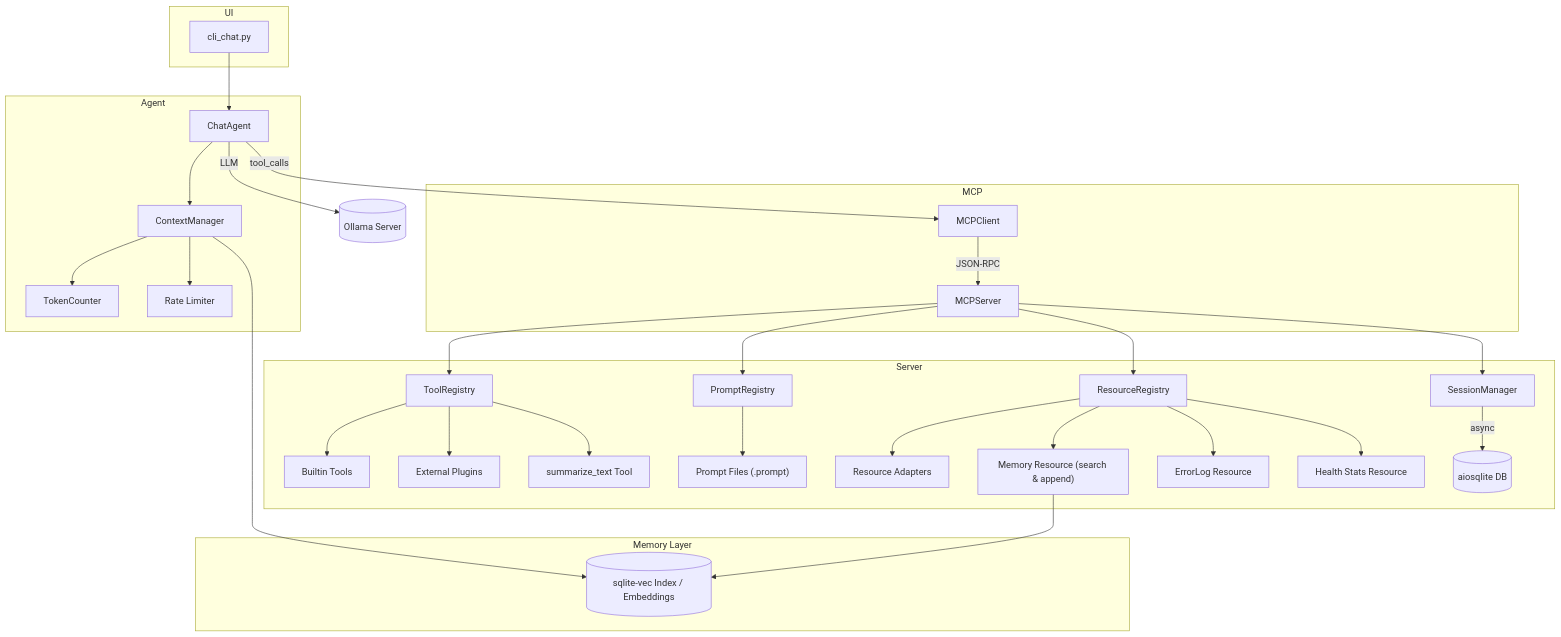
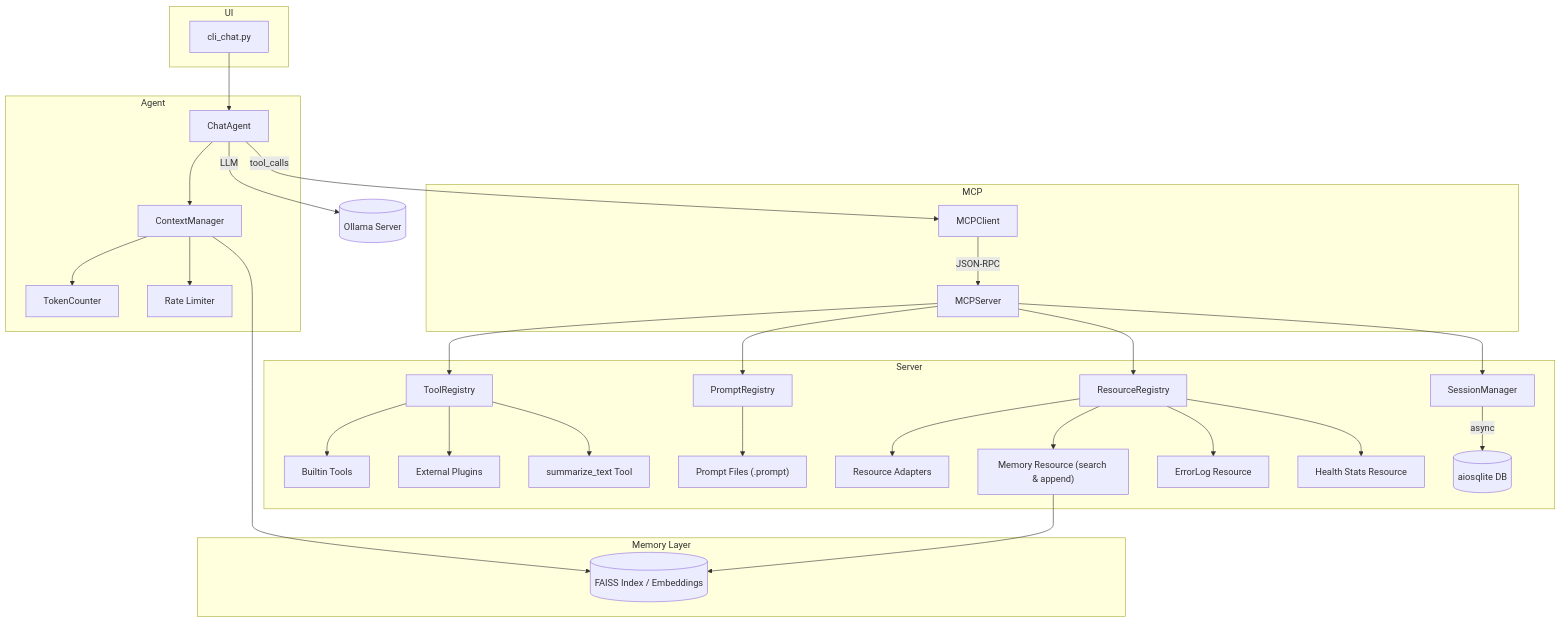
Before and after one commit to Choapinus/APE: the diagram in dev_plan.md, drawn with Mermaid. The commit also changed other lines of this file and 1 other file, not shown here.

````diff
--- a/dev_plan.md
+++ b/dev_plan.md
@@ -93,51 +93,51 @@
 ```mermaid
 %% Updated enhanced architecture with Memory layer on the far right
 graph TD
   subgraph UI
     CLI["cli_chat.py"]
   end
   subgraph Agent
     ChatAgent
     ContextManager
     TokenCounter
     RateLimiter["Rate Limiter"]
   end
   CLI --> ChatAgent
   ChatAgent --> ContextManager
   ContextManager --> TokenCounter
   ContextManager --> RateLimiter
   ChatAgent -->|"LLM"| Ollama[("Ollama Server")]
 
   %% MCP cluster in the center
   subgraph MCP
     MCPClient
     MCPServer
   end
   ChatAgent -->|"tool_calls"| MCPClient
   MCPClient -->|"JSON-RPC"| MCPServer
 
   %% Server internals left-center
   subgraph Server
     MCPServer --> ToolRegistry
     MCPServer --> PromptRegistry
     MCPServer --> ResourceRegistry
     ToolRegistry --> BuiltinTools["Builtin Tools"]
     ToolRegistry --> ExternalPlugins["External Plugins"]
     ToolRegistry --> SummarizeTool["summarize_text Tool"]
     PromptRegistry --> PromptRepo["Prompt Files (.prompt)"]
     ResourceRegistry --> ResourceAdapters["Resource Adapters"]
     ResourceRegistry --> MemoryResource["Memory Resource (search & append)"]
     ResourceRegistry --> ErrorResource["ErrorLog Resource"]
     ResourceRegistry --> TelemetryRes["Health Stats Resource"]
     MCPServer --> SessionManager
     SessionManager -->|"async"| SQLiteDB[("aiosqlite DB")]
   end
 
   %% Memory layer explicit on the right side
   subgraph Memory_Right["Memory Layer"]
-    EmbeddingIndex[("sqlite-vec Index / Embeddings")]
+    EmbeddingIndex[("FAISS Index / Embeddings")]
   end
 
   ContextManager --> EmbeddingIndex
   MemoryResource --> EmbeddingIndex
 ```
````
